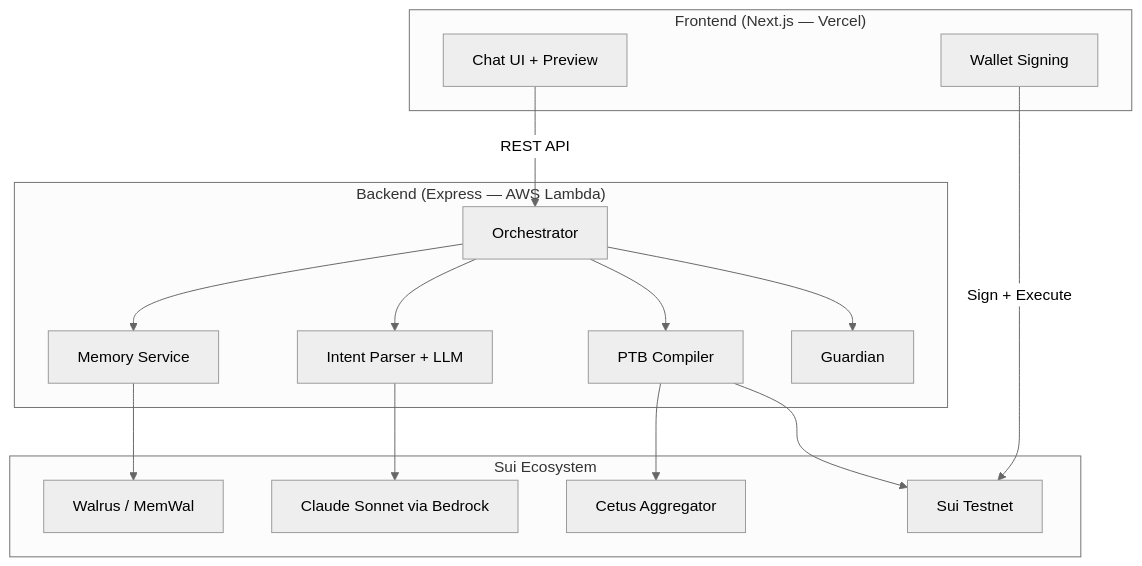
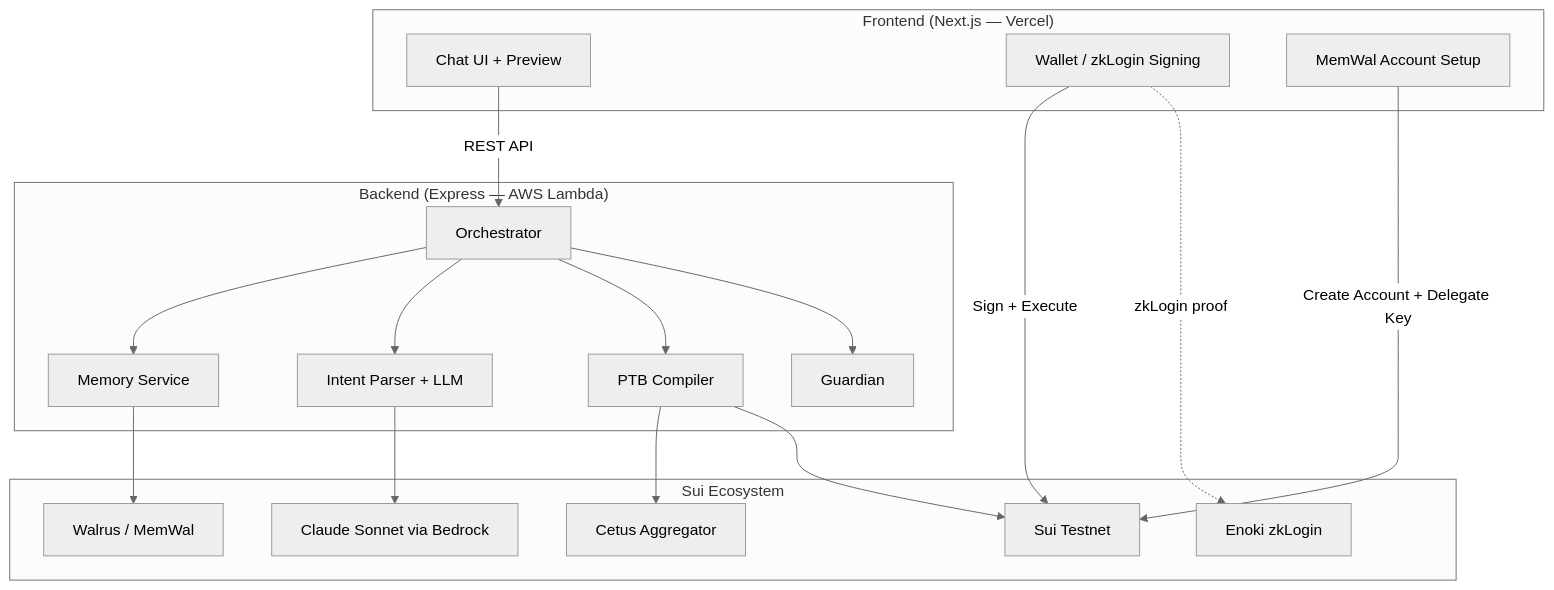
The diagram in README.md (lamdanghoang/marina-copilot), drawn with Mermaid (neutral theme) before and after one commit. The commit also changed other lines of this file and 2 other files, not shown here.

````diff
--- a/README.md
+++ b/README.md
@@ -141,30 +151,34 @@
 ```mermaid
 graph TB
     subgraph Frontend ["Frontend (Next.js — Vercel)"]
         UI[Chat UI + Preview]
-        WC[Wallet Signing]
+        WC[Wallet / zkLogin Signing]
+        MW[MemWal Account Setup]
     end
 
     subgraph Backend ["Backend (Express — AWS Lambda)"]
         Orch[Orchestrator]
         IP[Intent Parser + LLM]
         PTB[PTB Compiler]
         Guard[Guardian]
         Mem[Memory Service]
     end
 
     subgraph Sui ["Sui Ecosystem"]
         LLM[Claude Sonnet via Bedrock]
         Cetus[Cetus Aggregator]
         Chain[Sui Testnet]
         Walrus[Walrus / MemWal]
+        Enoki[Enoki zkLogin]
     end
 
     UI -->|REST API| Orch
     WC -->|Sign + Execute| Chain
+    MW -->|Create Account + Delegate Key| Chain
     Orch --> Mem --> Walrus
     Orch --> IP --> LLM
     Orch --> PTB --> Cetus
     PTB --> Chain
     Orch --> Guard
+    WC -.->|zkLogin proof| Enoki
 ```
````
